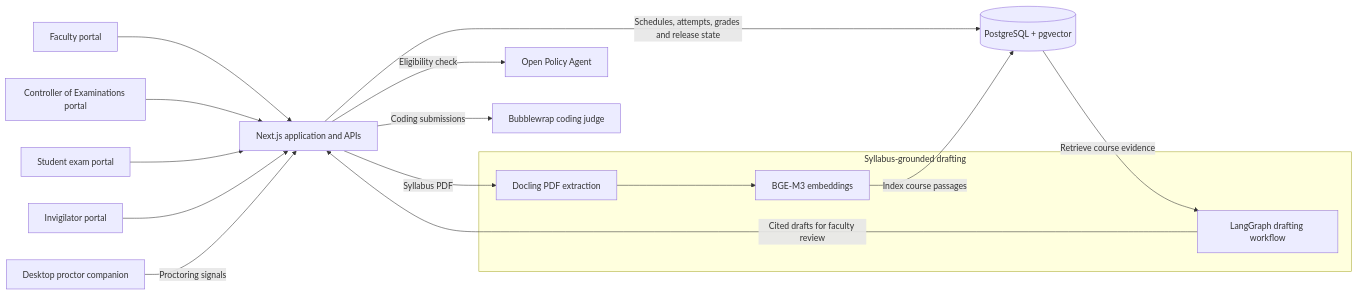
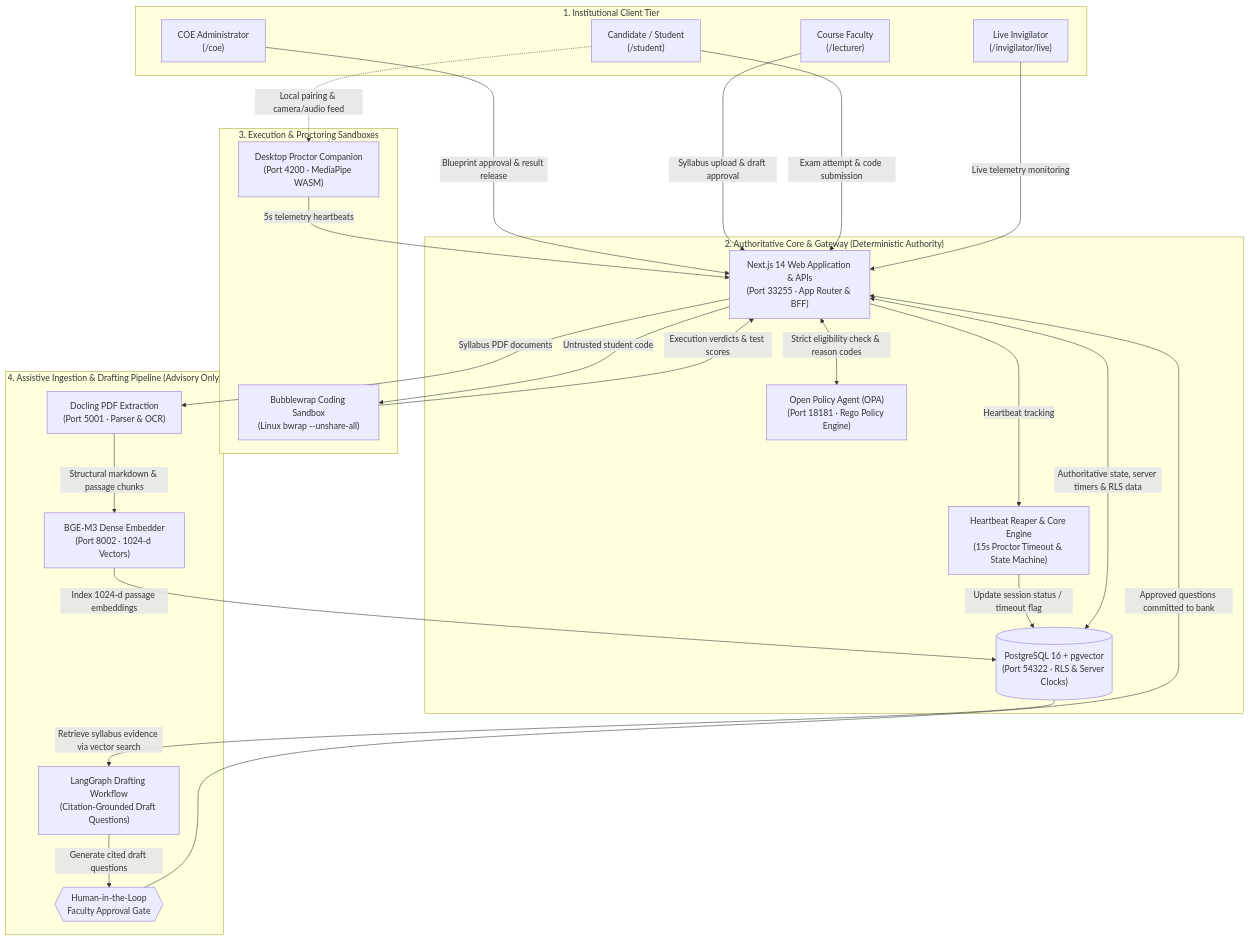
Before and after one commit to 24vikas/Online_Course_Examination_System_Agent: the diagram in README.md, drawn with Mermaid.

Commit message:
docs: upgrade architecture diagram to full 4-tier Mermaid model with proctoring and sandbox flows

````diff
--- a/README.md
+++ b/README.md
@@ -34,22 +34,54 @@
 ```mermaid
-flowchart LR
-    Faculty["Faculty portal"] --> Web["Next.js application and APIs"]
-    COE["Controller of Examinations portal"] --> Web
-    Student["Student exam portal"] --> Web
-    Invigilator["Invigilator portal"] --> Web
-    Companion["Desktop proctor companion"] -->|Proctoring signals| Web
-
-    Web -->|Eligibility check| OPA["Open Policy Agent"]
-    Web -->|Schedules, attempts, grades and release state| DB[("PostgreSQL + pgvector")]
-    Web -->|Coding submissions| Judge["Bubblewrap coding judge"]
-
-    subgraph Drafting["Syllabus-grounded drafting"]
-        Docling["Docling PDF extraction"] --> BGE["BGE-M3 embeddings"]
-        Graph["LangGraph drafting workflow"]
+flowchart TD
+    subgraph Clients["1. Institutional Client Tier"]
+        COE["COE Administrator<br/>(/coe)"]
+        Faculty["Course Faculty<br/>(/lecturer)"]
+        Student["Candidate / Student<br/>(/student)"]
+        Invigilator["Live Invigilator<br/>(/invigilator/live)"]
     end
 
-    Web -->|Syllabus PDF| Docling
-    BGE -->|Index course passages| DB
-    DB -->|Retrieve course evidence| Graph
-    Graph -->|Cited drafts for faculty review| Web
+    subgraph Core["2. Authoritative Core & Gateway (Deterministic Authority)"]
+        Web["Next.js 14 Web Application & APIs<br/>(Port 33255 · App Router & BFF)"]
+        OPA["Open Policy Agent (OPA)<br/>(Port 18181 · Rego Policy Engine)"]
+        DB[("PostgreSQL 16 + pgvector<br/>(Port 54322 · RLS & Server Clocks)")]
+        Reaper["Heartbeat Reaper & Core Engine<br/>(15s Proctor Timeout & State Machine)"]
+    end
+
+    subgraph Sandboxes["3. Execution & Proctoring Sandboxes"]
+        Companion["Desktop Proctor Companion<br/>(Port 4200 · MediaPipe WASM)"]
+        Judge["Bubblewrap Coding Sandbox<br/>(Linux bwrap --unshare-all)"]
+    end
+
+    subgraph AssistiveAI["4. Assistive Ingestion & Drafting Pipeline (Advisory Only)"]
+        Docling["Docling PDF Extraction<br/>(Port 5001 · Parser & OCR)"]
+        BGE["BGE-M3 Dense Embedder<br/>(Port 8002 · 1024-d Vectors)"]
+        LangGraph["LangGraph Drafting Workflow<br/>(Citation-Grounded Draft Questions)"]
+        HumanGate{{"Human-in-the-Loop<br/>Faculty Approval Gate"}}
+    end
+
+    %% Client Interactions
+    COE -->|Blueprint approval & result release| Web
+    Faculty -->|Syllabus upload & draft approval| Web
+    Student -->|Exam attempt & code submission| Web
+    Student -.->|Local pairing & camera/audio feed| Companion
+    Invigilator -->|Live telemetry monitoring| Web
+
+    %% Proctoring & Sandboxing
+    Companion -->|5s telemetry heartbeats| Web
+    Web -->|Heartbeat tracking| Reaper
+    Reaper -->|Update session status / timeout flag| DB
+    Web -->|Untrusted student code| Judge
+    Judge -->|Execution verdicts & test scores| Web
+
+    %% Deterministic Policy & Storage
+    Web <-->|Strict eligibility check & reason codes| OPA
+    Web <-->|Authoritative state, server timers & RLS data| DB
+
+    %% Assistive AI Pipeline
+    Web -->|Syllabus PDF documents| Docling
+    Docling -->|Structural markdown & passage chunks| BGE
+    BGE -->|Index 1024-d passage embeddings| DB
+    DB -->|Retrieve syllabus evidence via vector search| LangGraph
+    LangGraph -->|Generate cited draft questions| HumanGate
+    HumanGate -->|Approved questions committed to bank| Web
 ```
````
